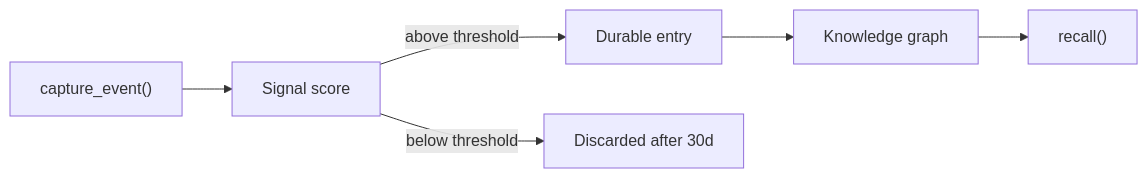
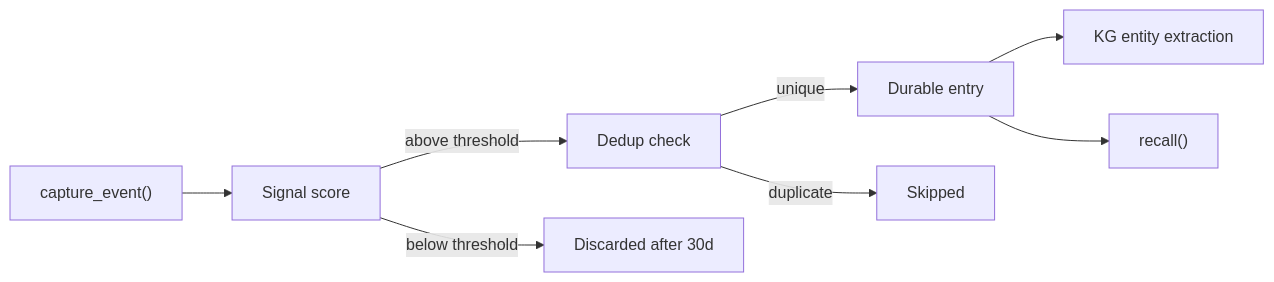
Before and after one commit to wmt-mobile/localnest: the fifth of 12 diagrams in guides/architecture.md, drawn with Mermaid. The commit also changed other lines of this file, not shown here.

First line of the commit message:
docs: update architecture guide for v0.0.7-beta.1 modules

````diff
--- a/guides/architecture.md
+++ b/guides/architecture.md
@@ -107,8 +118,10 @@
 ```mermaid
 flowchart LR
     Event["capture_event()"] --> Score["Signal score"]
-    Score -->|"above threshold"| Promote["Durable entry"]
+    Score -->|"above threshold"| Dedup["Dedup check"]
     Score -->|"below threshold"| Ignore["Discarded after 30d"]
-    Promote --> Graph["Knowledge graph"]
-    Graph --> Recall["recall()"]
+    Dedup -->|"unique"| Promote["Durable entry"]
+    Dedup -->|"duplicate"| Skip["Skipped"]
+    Promote --> KG["KG entity extraction"]
+    Promote --> Recall["recall()"]
 ```
````
